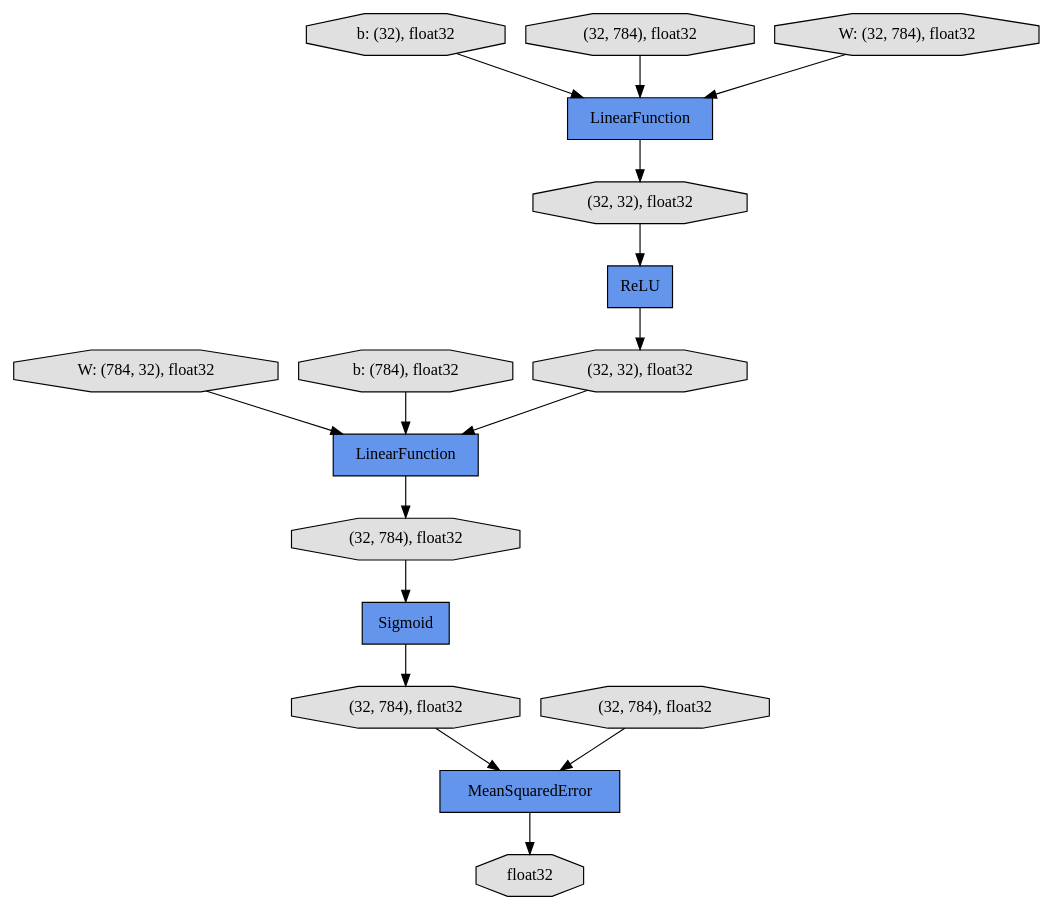
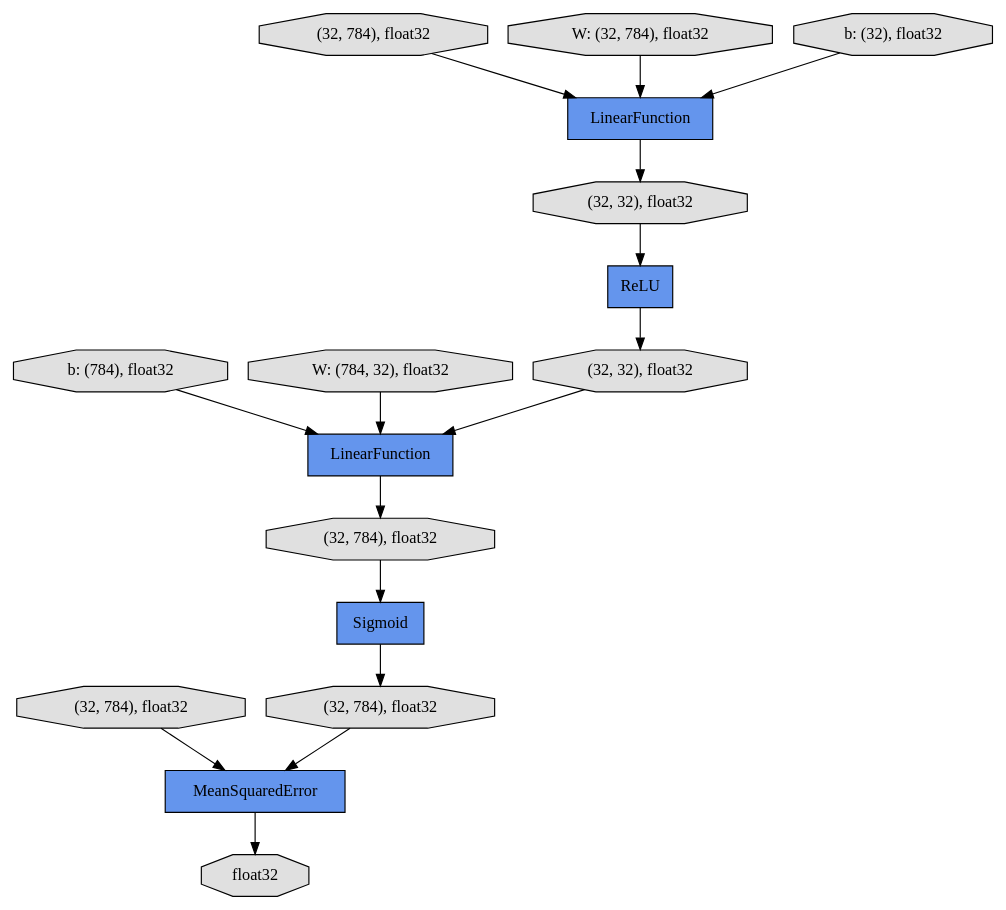
The diagram in autoencoders/result/autoencoder-mnist/cg.dot (daisuke-motoki/chainer-practice), drawn with Graphviz before and after one commit. The commit also changed 13 other files, not shown here.

```diff
--- a/autoencoders/result/autoencoder-mnist/cg.dot
+++ b/autoencoders/result/autoencoder-mnist/cg.dot
@@ -1,1 +1,1 @@
-digraph graphname{rankdir=TB;4528688656 [shape="octagon",style="filled",label="W: (784, 32), float32",fillcolor="#E0E0E0"];4532079136 [shape="octagon",style="filled",label="float32",fillcolor="#E0E0E0"];4532078128 [shape="octagon",style="filled",label="(32, 32), float32",fillcolor="#E0E0E0"];4475998784 [shape="octagon",style="filled",label="b: (784), float32",fillcolor="#E0E0E0"];4532078240 [shape="record",style="filled",label="MeanSquaredError",fillcolor="#6495ED"];4532077736 [shape="record",style="filled",label="LinearFunction",fillcolor="#6495ED"];4532077792 [shape="record",style="filled",label="ReLU",fillcolor="#6495ED"];4531909352 [shape="octagon",style="filled",label="b: (32), float32",fillcolor="#E0E0E0"];4532078856 [shape="octagon",style="filled",label="(32, 784), float32",fillcolor="#E0E0E0"];4532078352 [shape="octagon",style="filled",label="(32, 32), float32",fillcolor="#E0E0E0"];4532077904 [shape="octagon",style="filled",label="(32, 784), float32",fillcolor="#E0E0E0"];4532078464 [shape="record",style="filled",label="Sigmoid",fillcolor="#6495ED"];4531909016 [shape="octagon",style="filled",label="W: (32, 784), float32",fillcolor="#E0E0E0"];4532079024 [shape="octagon",style="filled",label="(32, 784), float32",fillcolor="#E0E0E0"];4532078016 [shape="record",style="filled",label="LinearFunction",fillcolor="#6495ED"];4532078576 [shape="octagon",style="filled",label="(32, 784), float32",fillcolor="#E0E0E0"];4531909016 -> 4532077736;4532078016 -> 4532078576;4475998784 -> 4532078016;4532077792 -> 4532078352;4532078856 -> 4532078240;4532078352 -> 4532078016;4531909352 -> 4532077736;4532078464 -> 4532078856;4532079024 -> 4532078240;4532078576 -> 4532078464;4532077904 -> 4532077736;4528688656 -> 4532078016;4532077736 -> 4532078128;4532078128 -> 4532077792;4532078240 -> 4532079136;}
+digraph graphname{rankdir=TB;4496249856 [shape="octagon",label="(32, 784), float32",style="filled",fillcolor="#E0E0E0"];4496249408 [shape="record",label="Sigmoid",style="filled",fillcolor="#6495ED"];4440794224 [shape="octagon",label="b: (784), float32",style="filled",fillcolor="#E0E0E0"];4496129664 [shape="octagon",label="W: (784, 32), float32",style="filled",fillcolor="#E0E0E0"];4496249464 [shape="record",label="ReLU",style="filled",fillcolor="#6495ED"];4496250024 [shape="octagon",label="(32, 784), float32",style="filled",fillcolor="#E0E0E0"];4496249520 [shape="octagon",label="(32, 784), float32",style="filled",fillcolor="#E0E0E0"];4496250080 [shape="octagon",label="(32, 784), float32",style="filled",fillcolor="#E0E0E0"];4496249576 [shape="record",label="LinearFunction",style="filled",fillcolor="#6495ED"];4496249632 [shape="octagon",label="(32, 32), float32",style="filled",fillcolor="#E0E0E0"];4496129832 [shape="octagon",label="W: (32, 784), float32",style="filled",fillcolor="#E0E0E0"];4496249688 [shape="record",label="MeanSquaredError",style="filled",fillcolor="#6495ED"];4496250192 [shape="octagon",label="float32",style="filled",fillcolor="#E0E0E0"];4496129384 [shape="octagon",label="b: (32), float32",style="filled",fillcolor="#E0E0E0"];4496249744 [shape="octagon",label="(32, 32), float32",style="filled",fillcolor="#E0E0E0"];4496249296 [shape="record",label="LinearFunction",style="filled",fillcolor="#6495ED"];4496249408 -> 4496250024;4496129664 -> 4496249576;4440794224 -> 4496249576;4496249296 -> 4496249632;4496249688 -> 4496250192;4496249464 -> 4496249744;4496249632 -> 4496249464;4496249520 -> 4496249296;4496250024 -> 4496249688;4496129832 -> 4496249296;4496249744 -> 4496249576;4496249576 -> 4496249856;4496250080 -> 4496249688;4496249856 -> 4496249408;4496129384 -> 4496249296;}
```
